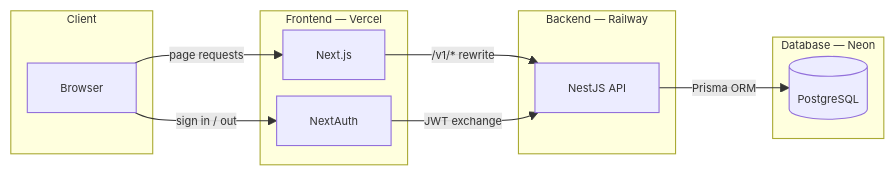
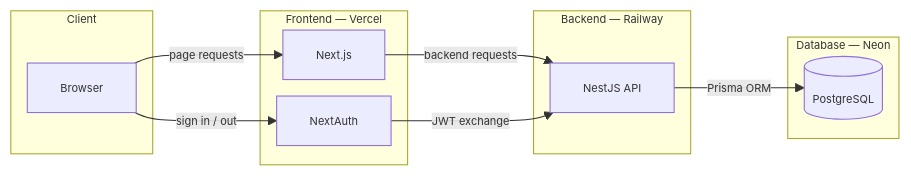
Before and after one commit to obrienma/rhizo-book: the first of 2 diagrams in README.md, drawn with Mermaid. The commit also changed other lines of this file and 12 other files, not shown here.

````diff
--- a/README.md
+++ b/README.md
@@ -9,22 +9,22 @@
 ```mermaid
 %%{init: {'themeVariables': {'fontSize': '10px'}, 'flowchart': {'nodeSpacing': 15, 'rankSpacing': 30}}}%%
 flowchart LR
     subgraph Client
         A[Browser]
     end
     subgraph Frontend ["Frontend — Vercel"]
         B[Next.js]
         C[NextAuth]
     end
     subgraph Backend ["Backend — Railway"]
         D[NestJS API]
     end
     subgraph Database ["Database — Neon"]
         E[(PostgreSQL)]
     end
     A -->|page requests| B
     A -->|sign in / out| C
-    B -->|/v1/* rewrite| D
+    B -->|backend requests| D
     C -->|JWT exchange| D
     D -->|Prisma ORM| E
 ```
````
